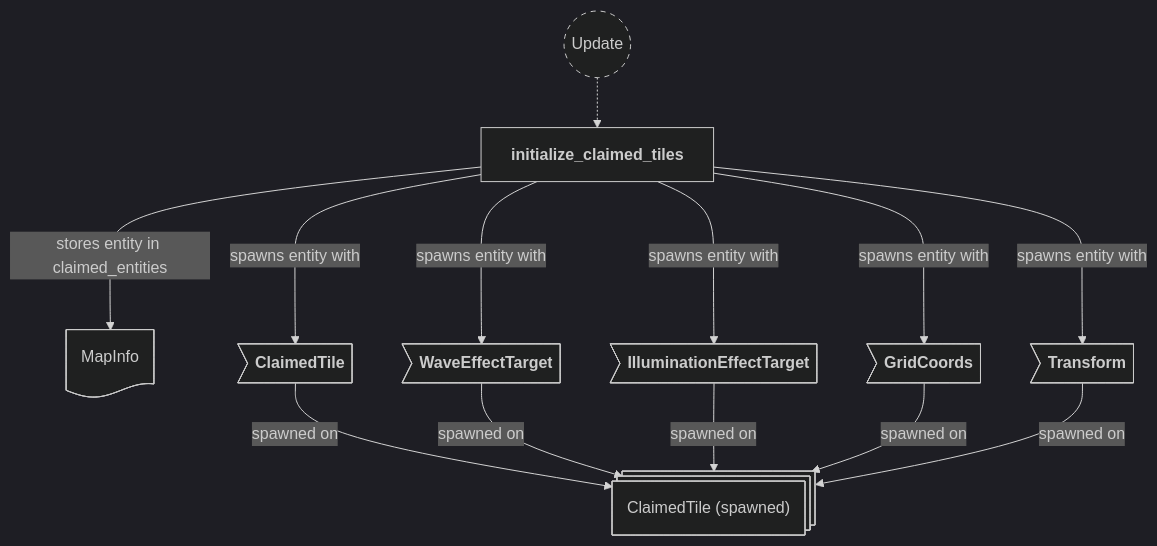
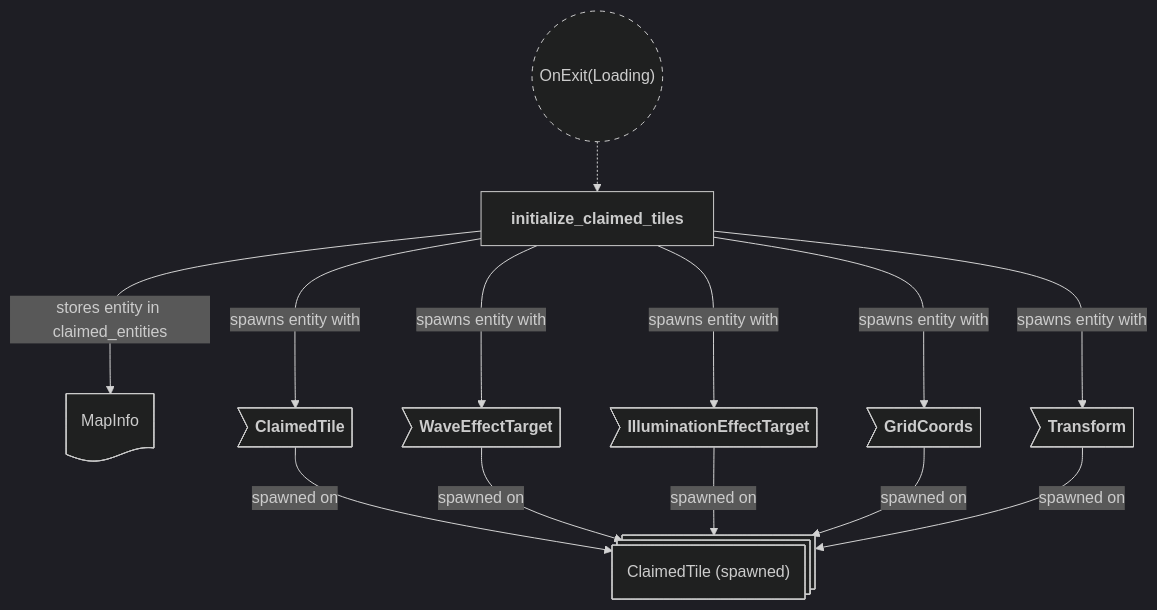
Before and after one commit to neurosoup/tyled: the seventh of 10 diagrams in backlog/docs/doc-3 - 001-Maps-plugin.md, drawn with Mermaid. The commit also changed other lines of this file and 9 other files, not shown here.

````diff
--- a/backlog/docs/doc-3 - 001-Maps-plugin.md
+++ b/backlog/docs/doc-3 - 001-Maps-plugin.md
@@ -359,36 +326,36 @@
 ```mermaid
 ---
 config:
   theme: dark
 ---
 
 flowchart TD
 classDef system-group stroke-dasharray: 5 5
 
-update(("`Update`")):::system-group
+on_exit_loading(("`OnExit(Loading)`")):::system-group
 initialize_claimed_tiles["`**initialize_claimed_tiles**`"]
 
-update -.-> initialize_claimed_tiles
+on_exit_loading -.-> initialize_claimed_tiles
 
 claimed_tile_entity@{ shape: st-rect, label: "ClaimedTile (spawned)" }
 map_info_res@{ shape: doc, label: "MapInfo" }
 
 ct_claimed_tile>"`**ClaimedTile**`"]
 ct_wave_effect>"`**WaveEffectTarget**`"]
 ct_illumination_effect>"`**IlluminationEffectTarget**`"]
 ct_grid_coords>"`**GridCoords**`"]
 ct_transform>"`**Transform**`"]
 
 ct_claimed_tile --> |spawned on| claimed_tile_entity
 ct_wave_effect --> |spawned on| claimed_tile_entity
 ct_illumination_effect --> |spawned on| claimed_tile_entity
 ct_grid_coords --> |spawned on| claimed_tile_entity
 ct_transform --> |spawned on| claimed_tile_entity
 
 initialize_claimed_tiles ---> |spawns entity with| ct_claimed_tile
 initialize_claimed_tiles ---> |spawns entity with| ct_wave_effect
 initialize_claimed_tiles ---> |spawns entity with| ct_illumination_effect
 initialize_claimed_tiles ---> |spawns entity with| ct_grid_coords
 initialize_claimed_tiles ---> |spawns entity with| ct_transform
 initialize_claimed_tiles ---> |stores entity in claimed_entities| map_info_res
 ```
````
